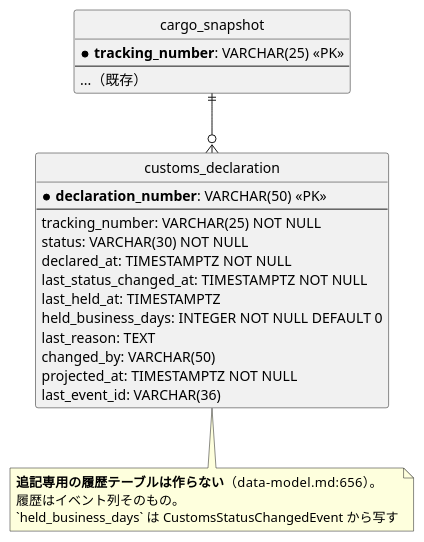
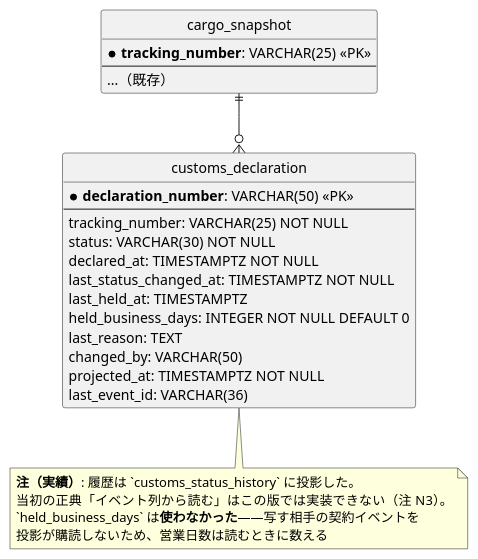
Before and after one commit to k2works/case-study-cargo-tracker: the third of 4 diagrams in docs/development/cargo-tracker/iteration_plan-12.md, drawn with PlantUML. The commit also changed other lines of this file and 11 other files, not shown here.

````diff
--- a/docs/development/cargo-tracker/iteration_plan-12.md
+++ b/docs/development/cargo-tracker/iteration_plan-12.md
@@ -263,35 +263,36 @@
 ```plantuml
 @startuml
 hide circle
 skinparam linetype ortho
 
 entity "customs_declaration" as cd {
   * **declaration_number**: VARCHAR(50) <<PK>>
   --
   tracking_number: VARCHAR(25) NOT NULL
   status: VARCHAR(30) NOT NULL
   declared_at: TIMESTAMPTZ NOT NULL
   last_status_changed_at: TIMESTAMPTZ NOT NULL
   last_held_at: TIMESTAMPTZ
   held_business_days: INTEGER NOT NULL DEFAULT 0
   last_reason: TEXT
   changed_by: VARCHAR(50)
   projected_at: TIMESTAMPTZ NOT NULL
   last_event_id: VARCHAR(36)
 }
 
 entity "cargo_snapshot" as cs {
   * **tracking_number**: VARCHAR(25) <<PK>>
   --
   ...（既存）
 }
 
 cs ||--o{ cd
 
 note bottom of cd
-  **追記専用の履歴テーブルは作らない**（data-model.md:656）。
-  履歴はイベント列そのもの。
-  `held_business_days` は CustomsStatusChangedEvent から写す
+  **注（実績）**: 履歴は `customs_status_history` に投影した。
+  当初の正典「イベント列から読む」はこの版では実装できない（注 N3）。
+  `held_business_days` は**使わなかった**——写す相手の契約イベントを
+  投影が購読しないため、営業日数は読むときに数える
 end note
 @enduml
 ```
````
